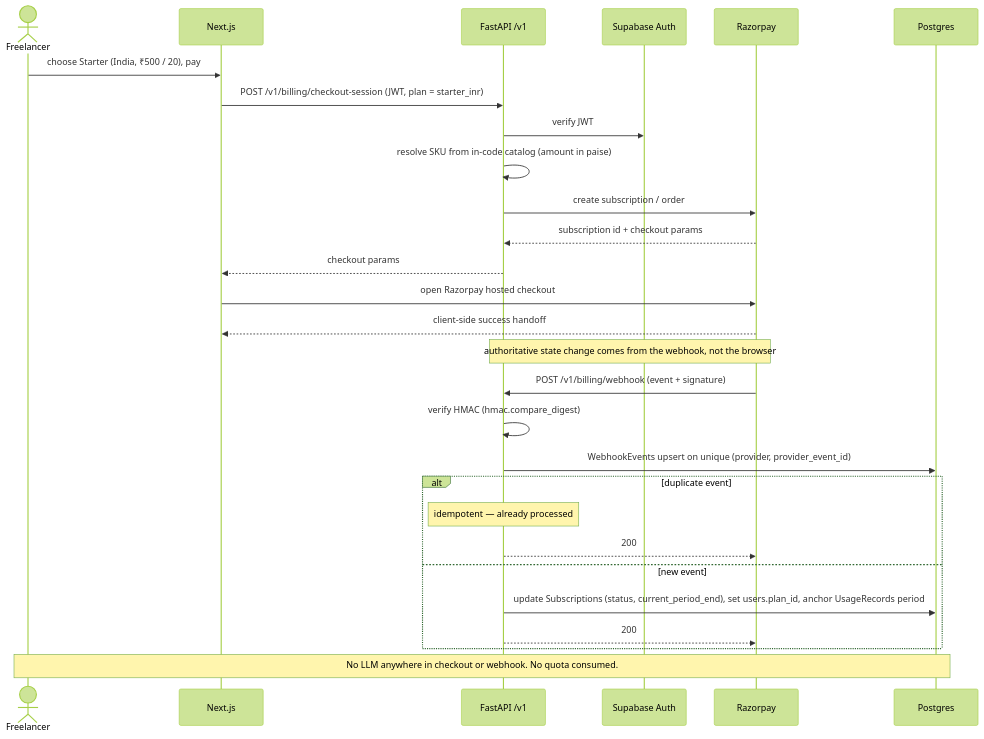
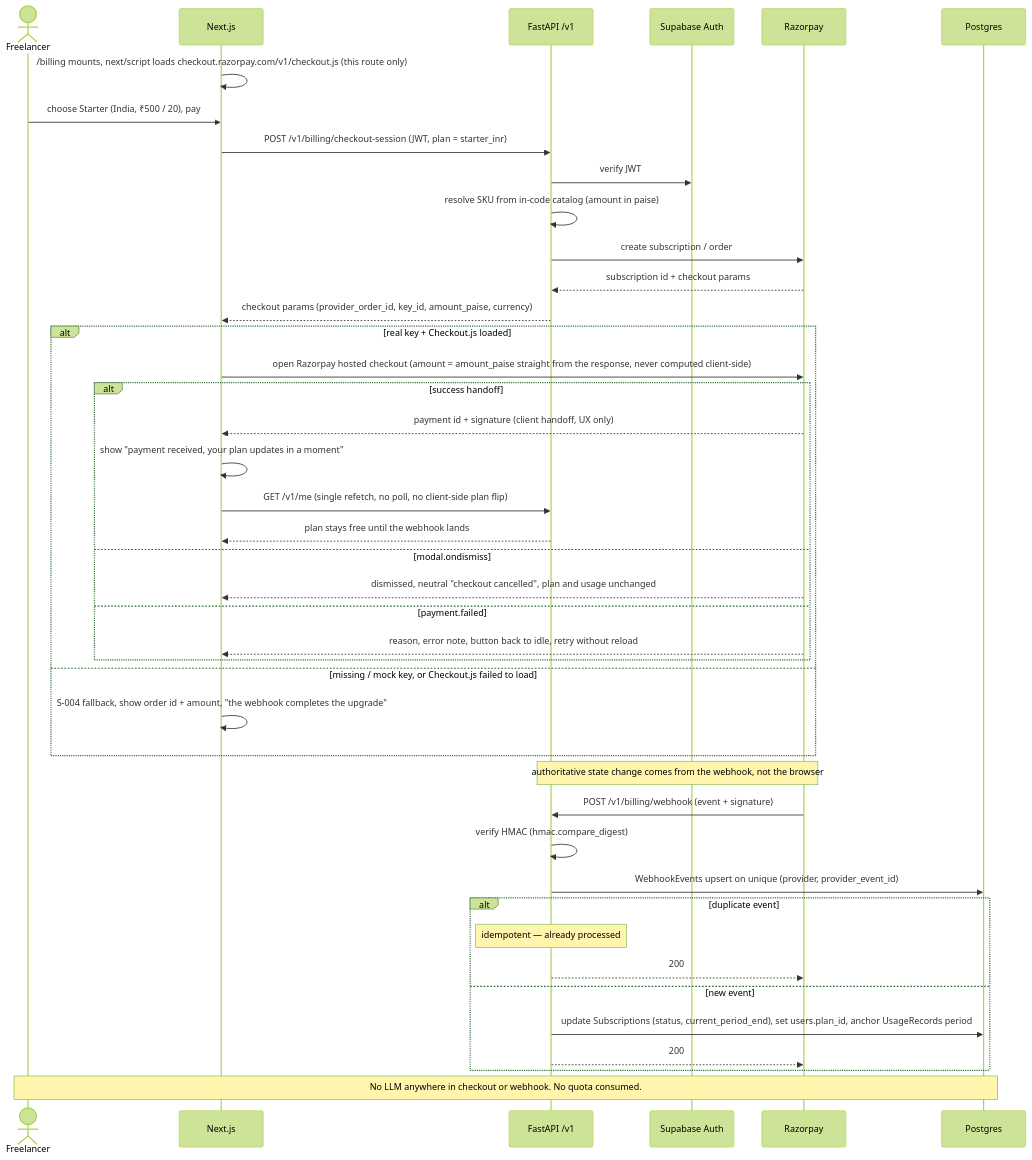
One commit to krishnaviswa/AIProposer changed the sixth of 8 diagrams in docs/architecture-sequences.md. Above: the diagram before and after it, drawn with Mermaid (forest theme). The commit also changed other lines of this file and 4 other files, not shown here.

First line of the commit message:
S-006: hosted checkout + /auth/callback — spec + Wave-1 docs

````diff
--- a/docs/architecture-sequences.md
+++ b/docs/architecture-sequences.md
@@ -191,34 +219,49 @@
 ```mermaid
 sequenceDiagram
     actor U as Freelancer
     participant W as Next.js
     participant A as FastAPI /v1
     participant Auth as Supabase Auth
     participant Pay as Razorpay
     participant DB as Postgres
 
+    W->>W: /billing mounts, next/script loads checkout.razorpay.com/v1/checkout.js (this route only)
     U->>W: choose Starter (India, ₹500 / 20), pay
     W->>A: POST /v1/billing/checkout-session (JWT, plan = starter_inr)
     A->>Auth: verify JWT
     A->>A: resolve SKU from in-code catalog (amount in paise)
     A->>Pay: create subscription / order
     Pay-->>A: subscription id + checkout params
-    A-->>W: checkout params
-    W->>Pay: open Razorpay hosted checkout
-    Pay-->>W: client-side success handoff
+    A-->>W: checkout params (provider_order_id, key_id, amount_paise, currency)
+
+    alt real key + Checkout.js loaded
+        W->>Pay: open Razorpay hosted checkout (amount = amount_paise straight from the response, never computed client-side)
+        alt success handoff
+            Pay-->>W: payment id + signature (client handoff, UX only)
+            W->>W: show "payment received, your plan updates in a moment"
+            W->>A: GET /v1/me (single refetch, no poll, no client-side plan flip)
+            A-->>W: plan stays free until the webhook lands
+        else modal.ondismiss
+            Pay-->>W: dismissed, neutral "checkout cancelled", plan and usage unchanged
+        else payment.failed
+            Pay-->>W: reason, error note, button back to idle, retry without reload
+        end
+    else missing / mock key, or Checkout.js failed to load
+        W->>W: S-004 fallback, show order id + amount, "the webhook completes the upgrade"
+    end
 
     Note over Pay,A: authoritative state change comes from the webhook, not the browser
     Pay->>A: POST /v1/billing/webhook (event + signature)
     A->>A: verify HMAC (hmac.compare_digest)
     A->>DB: WebhookEvents upsert on unique (provider, provider_event_id)
 
     alt duplicate event
         Note over A: idempotent — already processed
         A-->>Pay: 200
     else new event
         A->>DB: update Subscriptions (status, current_period_end), set users.plan_id, anchor UsageRecords period
         A-->>Pay: 200
     end
 
     Note over U,DB: No LLM anywhere in checkout or webhook. No quota consumed.
 ```
````
